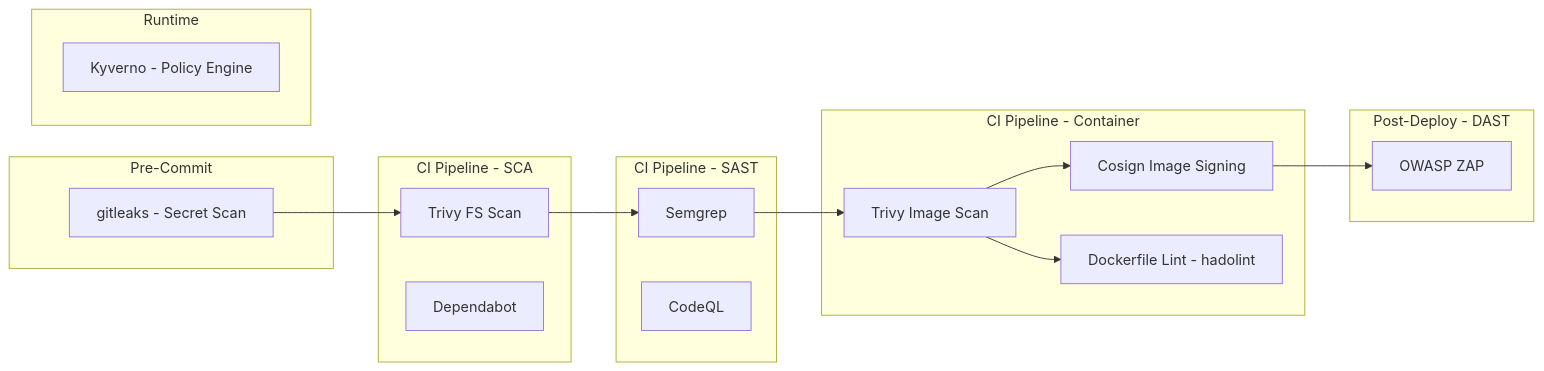
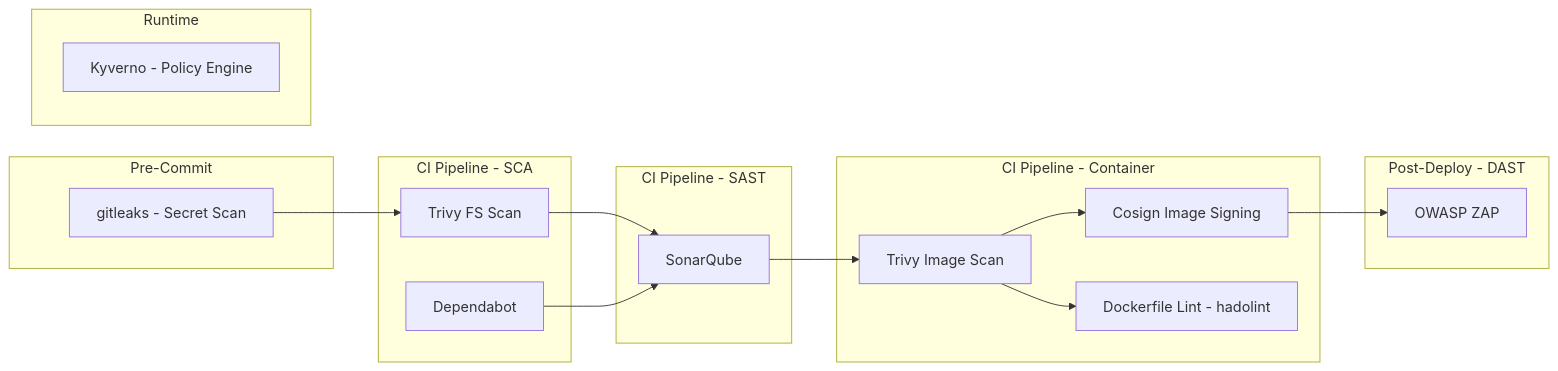
The fifth of 7 diagrams in devops/plan.md (online-boutique-application-demo/online-boutique-app), drawn with Mermaid before and after one commit. The commit also changed other lines of this file and 3 other files, not shown here.

First line of the commit message:
docs(devops): sync plan, architecture and stage-1 docs with audit fixes

````diff
--- a/devops/plan.md
+++ b/devops/plan.md
@@ -540,34 +543,34 @@
 ```mermaid
 graph LR
     subgraph "Pre-Commit"
         A[gitleaks - Secret Scan]
     end
 
     subgraph "CI Pipeline - SCA"
         B[Trivy FS Scan]
         C[Dependabot]
     end
 
     subgraph "CI Pipeline - SAST"
-        D[Semgrep]
-        E[CodeQL]
+        D[SonarQube]
     end
 
     subgraph "CI Pipeline - Container"
         F[Trivy Image Scan]
         G[Cosign Image Signing]
         H[Dockerfile Lint - hadolint]
     end
 
     subgraph "Post-Deploy - DAST"
         I[OWASP ZAP]
     end
 
     subgraph "Runtime"
         K[Kyverno - Policy Engine]
     end
 
     A --> B --> D --> F --> G
+    C --> D
     G --> I
     F --> H
 ```
````
